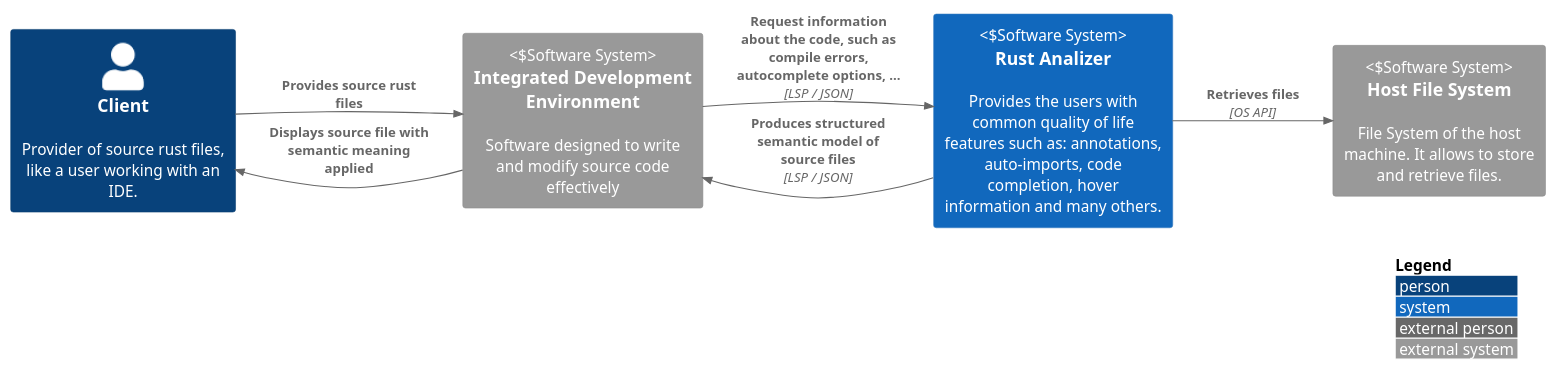
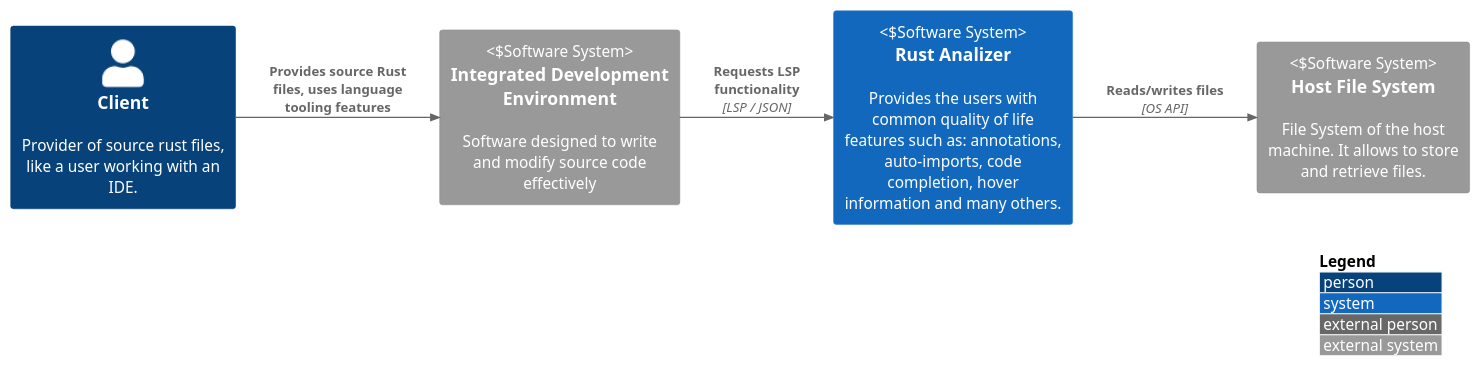
The diagram in src/diagrams/architecture/system-context.puml (SDATeam10/Project), drawn with PlantUML before and after one commit. The commit also changed 5 other files, not shown here.

```diff
--- a/src/diagrams/architecture/system-context.puml
+++ b/src/diagrams/architecture/system-context.puml
@@ -1,18 +1,16 @@
 @startuml
 !include https://raw.githubusercontent.com/plantuml-stdlib/C4-PlantUML/master/C4_Context.puml
 left to right direction
 
 LAYOUT_WITH_LEGEND()
 
 Person(client, "Client", "Provider of source rust files, like a user working with an IDE.")
 System_Ext(ide, "Integrated Development Environment", "Software designed to write and modify source code effectively", "Software System")
 System_Ext(file_system, "Host File System", "File System of the host machine. It allows to store and retrieve files.", "Software System")
 System(system, "Rust Analizer", "Provides the users with common quality of life features such as: annotations, auto-imports, code completion, hover information and many others.", "Software System")
 
-Rel(client, ide, "Provides source rust files")
-Rel(ide, system, "Request information about the code, such as compile errors, autocomplete options, ...", "LSP / JSON")
-Rel(system, ide, "Produces structured semantic model of source files", "LSP / JSON")
-Rel(ide, client, "Displays source file with semantic meaning applied")
-Rel(system, file_system, "Retrieves files", "OS API")
+Rel(client, ide, "Provides source Rust files, uses language tooling features")
+Rel(ide, system, "Requests LSP functionality", "LSP / JSON")
+Rel(system, file_system, "Reads/writes files", "OS API")
 
 @enduml
```
